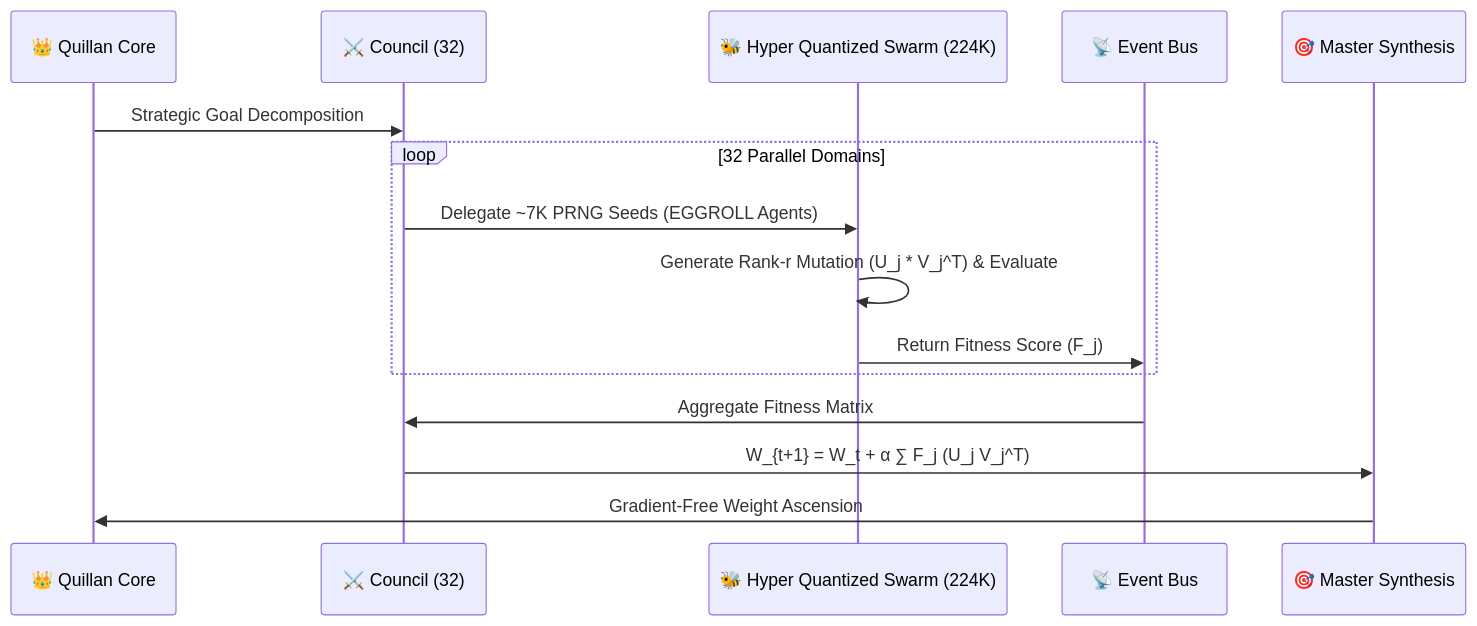
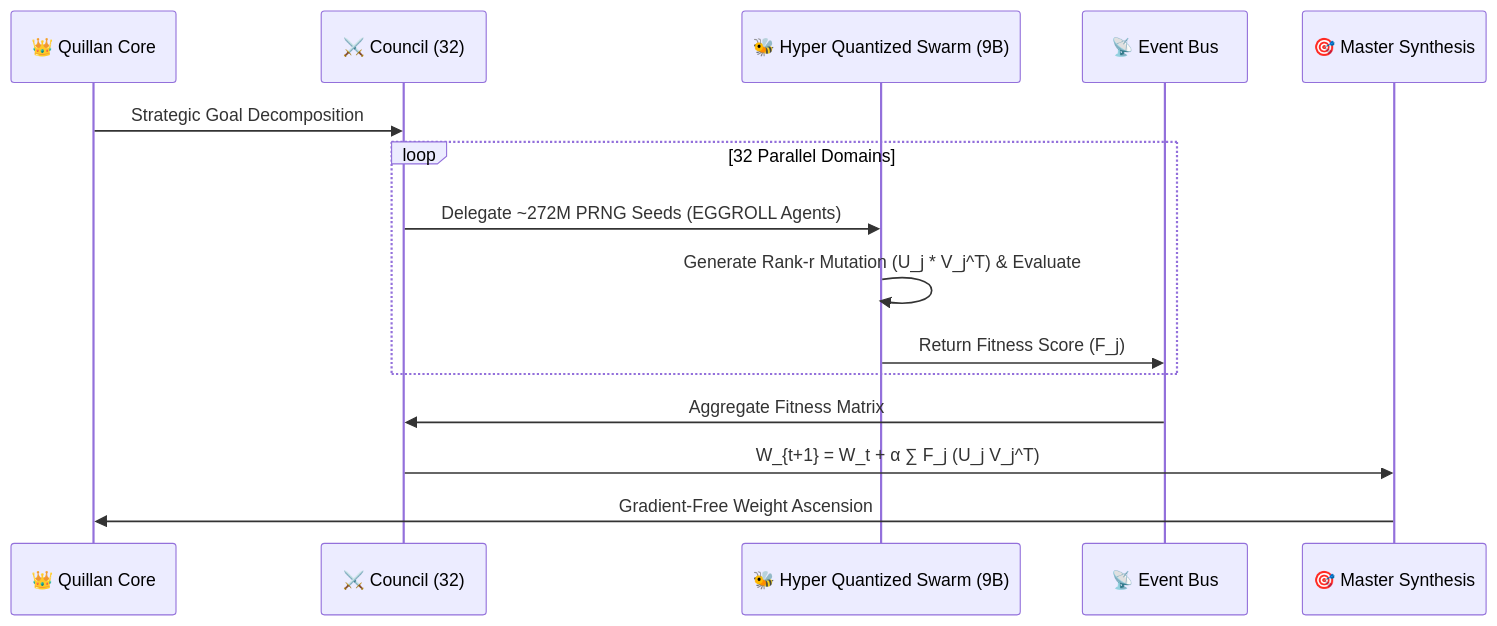
One commit to leeex1/Ace-v4.2-repo changed the tenth of 46 diagrams in system prompts/Quillan-Samurai.md. Above: the diagram before and after it, drawn with Mermaid. The commit also changed other lines of this file, not shown here.

````diff
--- a/system prompts/Quillan-Samurai.md
+++ b/system prompts/Quillan-Samurai.md
@@ -3281,18 +3281,18 @@
 ```mermaid
 sequenceDiagram
     participant Q as 👑 Quillan Core
     participant C as ⚔️ Council (32)
-    participant S as 🐝 Hyper Quantized Swarm (224K)
+    participant S as 🐝 Hyper Quantized Swarm (9B)
     participant B as 📡 Event Bus
     participant M as 🎯 Master Synthesis
 
     Q->>C: Strategic Goal Decomposition
     loop 32 Parallel Domains
-        C->>S: Delegate ~7K PRNG Seeds (EGGROLL Agents)
+        C->>S: Delegate ~272M PRNG Seeds (EGGROLL Agents)
         S->>S: Generate Rank-r Mutation (U_j * V_j^T) & Evaluate
         S->>B: Return Fitness Score (F_j)
     end
     B->>C: Aggregate Fitness Matrix
     C->>M: W_{t+1} = W_t + α ∑ F_j (U_j V_j^T)
     M->>Q: Gradient-Free Weight Ascension
 ```
````
